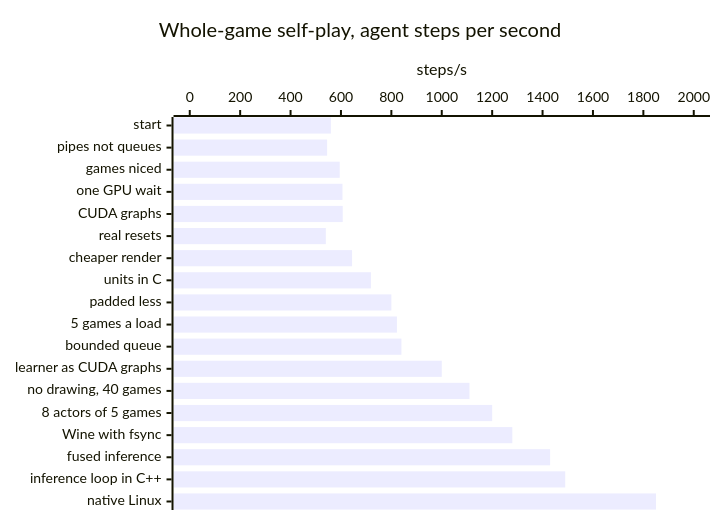
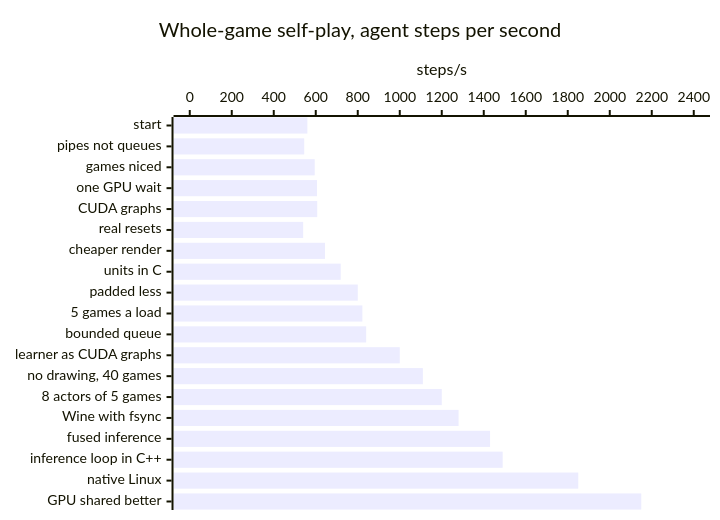
Before and after one commit to RobinKa/warcraftsim: the first of 2 diagrams in docs/optimizations.md, drawn with Mermaid. The commit also changed other lines of this file and 2 other files, not shown here.

Commit message:
docs: the GPU shared by the learner and the inference loop (driver lock: events and pageable copies; update pauses; the GPU split dropped): ~2,150 steps/s; experiment-log: the night's restarts
Claude-Session: https://claude.ai/code/session_01E8W2hQUxGqtqxA2kVGGpSq

````diff
--- a/docs/optimizations.md
+++ b/docs/optimizations.md
@@ -7,7 +7,7 @@
 ```mermaid
 xychart-beta horizontal
   title "Whole-game self-play, agent steps per second"
-  x-axis ["start", "pipes not queues", "games niced", "one GPU wait", "CUDA graphs", "real resets", "cheaper render", "units in C", "padded less", "5 games a load", "bounded queue", "learner as CUDA graphs", "no drawing, 40 games", "8 actors of 5 games", "Wine with fsync", "fused inference", "inference loop in C++", "native Linux"]
-  y-axis "steps/s" 0 --> 2000
-  bar [560, 545, 595, 606, 607, 540, 644, 719, 800, 822, 840, 1000, 1110, 1200, 1280, 1430, 1490, 1850]
+  x-axis ["start", "pipes not queues", "games niced", "one GPU wait", "CUDA graphs", "real resets", "cheaper render", "units in C", "padded less", "5 games a load", "bounded queue", "learner as CUDA graphs", "no drawing, 40 games", "8 actors of 5 games", "Wine with fsync", "fused inference", "inference loop in C++", "native Linux", "GPU shared better"]
+  y-axis "steps/s" 0 --> 2400
+  bar [560, 545, 595, 606, 607, 540, 644, 719, 800, 822, 840, 1000, 1110, 1200, 1280, 1430, 1490, 1850, 2150]
 ```
````
